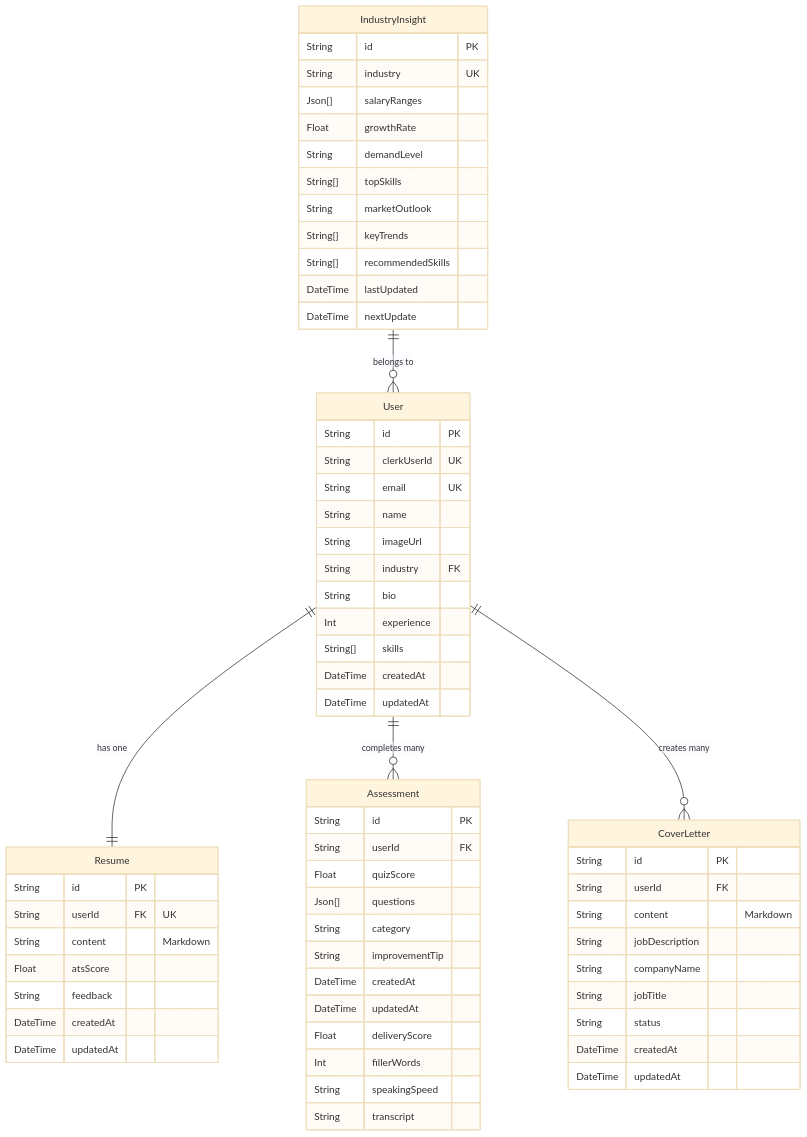
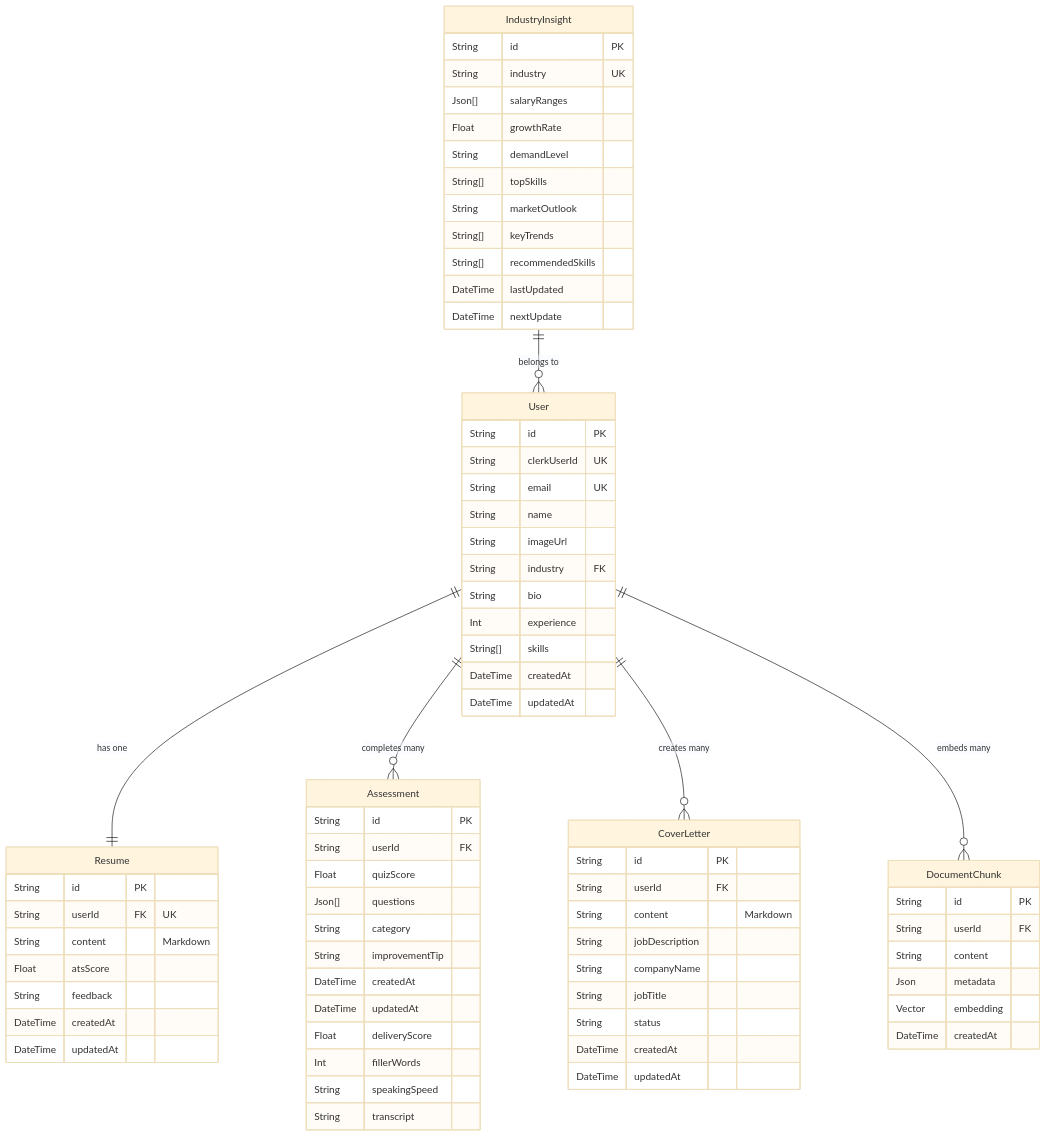
Before and after one commit to SivansRawat/Job-Mentor-AI: the diagram in README.md, drawn with Mermaid (base theme). The commit also changed other lines of this file, not shown here.

Commit message:
Document AI Career Advisor (RAG) and DocumentChunk models in README

````diff
--- a/README.md
+++ b/README.md
@@ -116,72 +121,82 @@
 ```mermaid
 erDiagram
     User ||--|| Resume : "has one"
     User ||--o{ Assessment : "completes many"
     User ||--o{ CoverLetter : "creates many"
+    User ||--o{ DocumentChunk : "embeds many"
     IndustryInsight ||--o{ User : "belongs to"
 
     User {
         String id PK
         String clerkUserId UK
         String email UK
         String name
         String imageUrl
         String industry FK
         String bio
         Int experience
         String[] skills
         DateTime createdAt
         DateTime updatedAt
     }
 
     Assessment {
         String id PK
         String userId FK
         Float quizScore
         Json[] questions
         String category
         String improvementTip
         DateTime createdAt
         DateTime updatedAt
         Float deliveryScore
         Int fillerWords
         String speakingSpeed
         String transcript
     }
 
     Resume {
         String id PK
         String userId FK "UK"
         String content "Markdown"
         Float atsScore
         String feedback
         DateTime createdAt
         DateTime updatedAt
     }
 
     CoverLetter {
         String id PK
         String userId FK
         String content "Markdown"
         String jobDescription
         String companyName
         String jobTitle
         String status
         DateTime createdAt
         DateTime updatedAt
     }
 
     IndustryInsight {
         String id PK
         String industry UK
         Json[] salaryRanges
         Float growthRate
         String demandLevel
         String[] topSkills
         String marketOutlook
         String[] keyTrends
         String[] recommendedSkills
         DateTime lastUpdated
         DateTime nextUpdate
     }
+
+    DocumentChunk {
+        String id PK
+        String userId FK
+        String content
+        Json metadata
+        Vector embedding
+        DateTime createdAt
+    }
 ```
````
